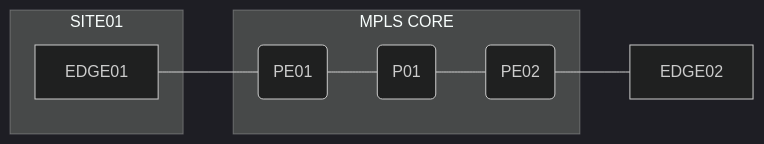
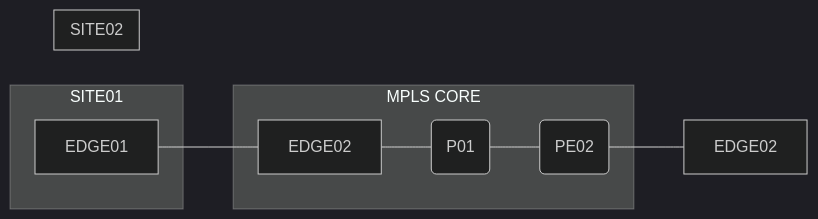
The diagram in diagrams/network_diagram.md (jnaranjom/iac_network_deployment), drawn with Mermaid (dark theme) before and after one commit.

````diff
--- a/diagrams/network_diagram.md
+++ b/diagrams/network_diagram.md
@@ -7,12 +7,15 @@
 ```mermaid
 flowchart LR
     subgraph SITE01
     A[EDGE01]
     end
     A[EDGE01] --- B(PE01)
     subgraph MPLS CORE
     B --- C(P01)
     C --- D(PE02)
     end
     D --- E[EDGE02]
+    subgraph SITE02
+    B[EDGE02]
+    end
 ```
````
